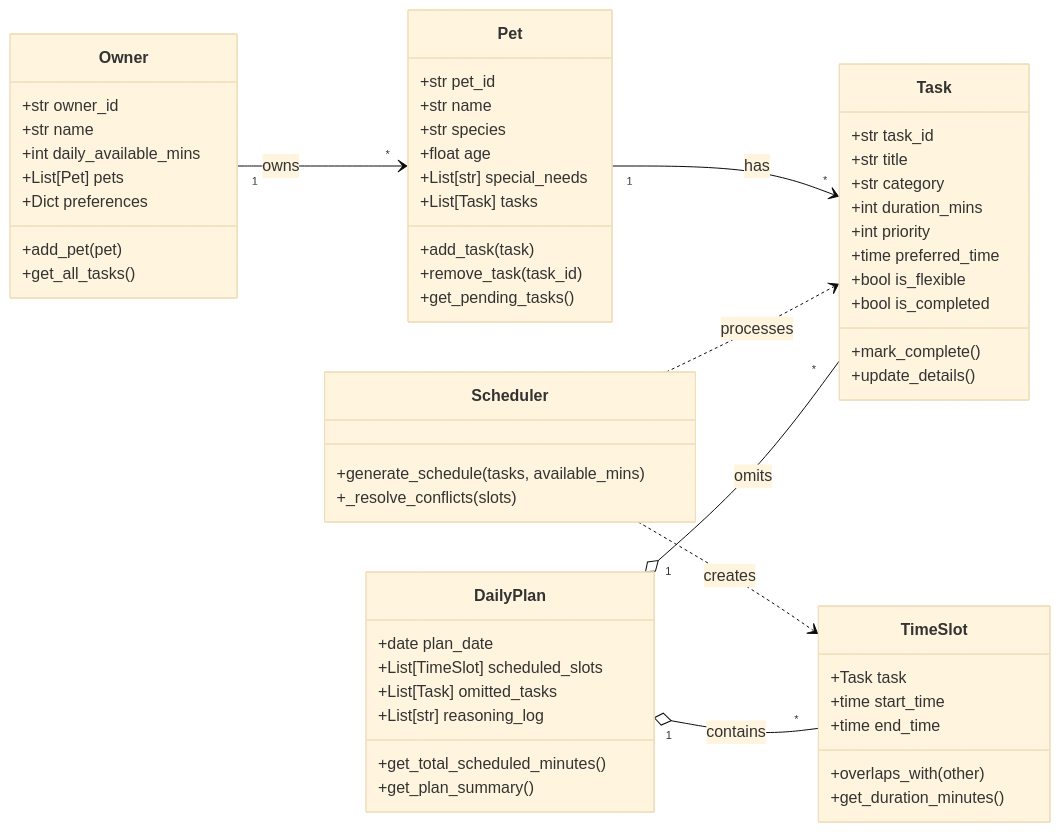
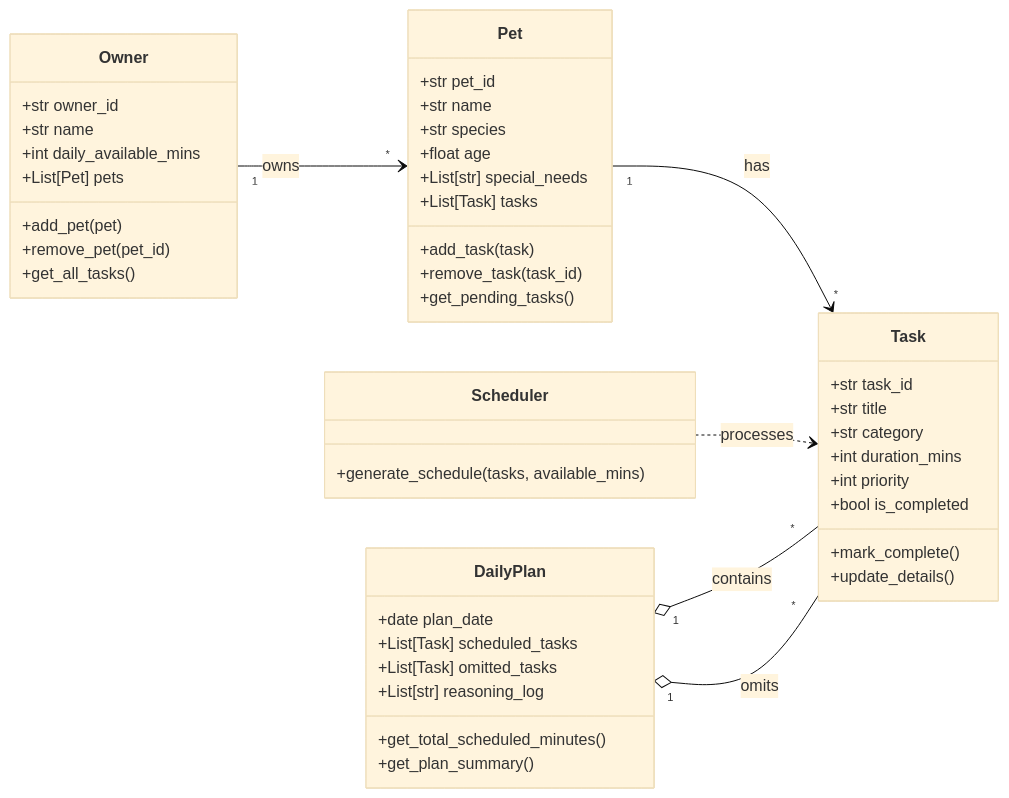
The diagram in diagrams/uml_draft.mmd (farzan4/ai110-module2show-pawpal-starter), drawn with Mermaid (base theme) before and after one commit. The commit also changed 2 other files, not shown here.

Commit message:
chore: add class skeletons from UML

```diff
--- a/diagrams/uml_draft.mmd
+++ b/diagrams/uml_draft.mmd
@@ -1,66 +1,54 @@
 classDiagram
     direction LR
 
     class Owner {
         +str owner_id
         +str name
         +int daily_available_mins
         +List[Pet] pets
-        +Dict preferences
         +add_pet(pet)
+        +remove_pet(pet_id)
         +get_all_tasks()
     }
 
     class Pet {
         +str pet_id
         +str name
         +str species
         +float age
         +List[str] special_needs
         +List[Task] tasks
         +add_task(task)
         +remove_task(task_id)
         +get_pending_tasks()
     }
 
     class Task {
         +str task_id
         +str title
         +str category
         +int duration_mins
         +int priority
-        +time preferred_time
-        +bool is_flexible
         +bool is_completed
         +mark_complete()
         +update_details()
     }
 
-    class TimeSlot {
-        +Task task
-        +time start_time
-        +time end_time
-        +overlaps_with(other)
-        +get_duration_minutes()
-    }
-
     class Scheduler {
         +generate_schedule(tasks, available_mins)
-        +_resolve_conflicts(slots)
     }
 
     class DailyPlan {
         +date plan_date
-        +List[TimeSlot] scheduled_slots
+        +List[Task] scheduled_tasks
         +List[Task] omitted_tasks
         +List[str] reasoning_log
         +get_total_scheduled_minutes()
         +get_plan_summary()
     }
 
     Owner "1" --> "*" Pet : owns
     Pet "1" --> "*" Task : has
     Scheduler ..> Task : processes
-    Scheduler ..> TimeSlot : creates
-    DailyPlan "1" o-- "*" TimeSlot : contains
+    DailyPlan "1" o-- "*" Task : contains
     DailyPlan "1" o-- "*" Task : omits
```
